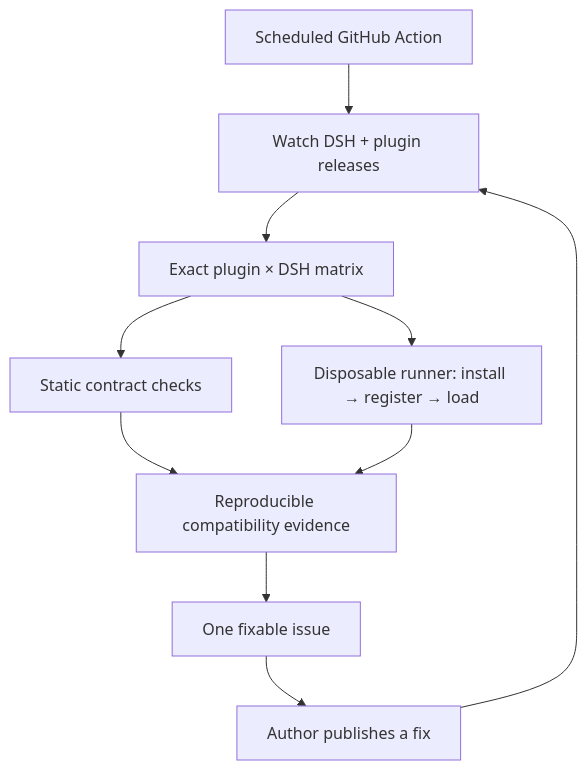
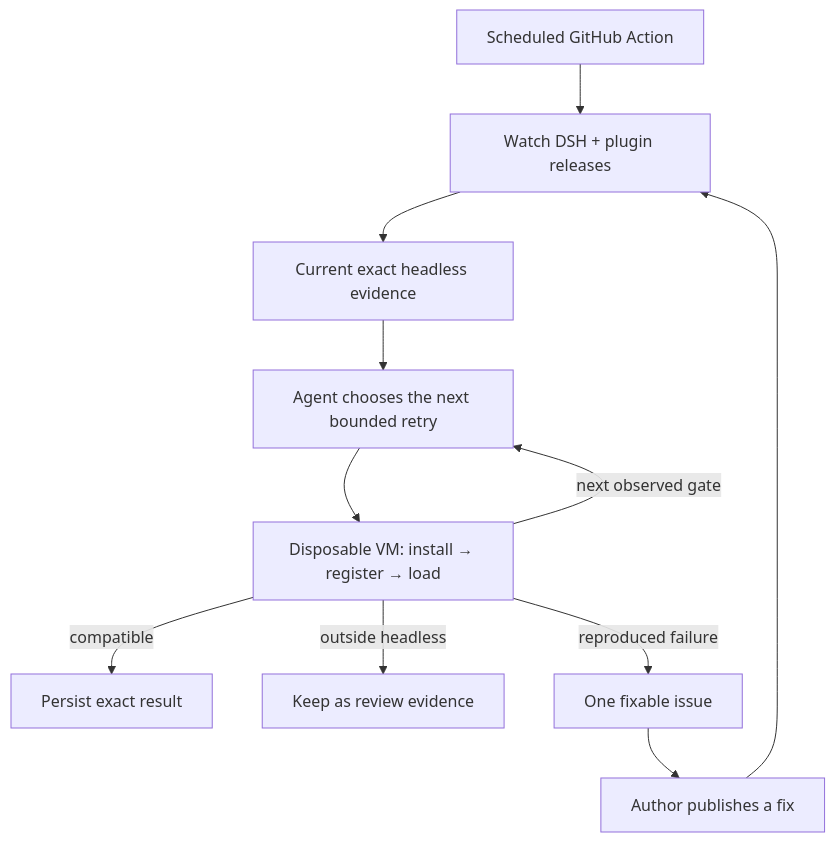
The diagram in README.md (MicroMilo/upstream-radar), drawn with Mermaid before and after one commit. The commit also changed other lines of this file and 30 other files, not shown here.

````diff
--- a/README.md
+++ b/README.md
@@ -40,12 +44,13 @@
 ```mermaid
 flowchart TB
   Schedule["Scheduled GitHub Action"] --> Watch["Watch DSH + plugin releases"]
-  Watch --> Matrix["Exact plugin × DSH matrix"]
-  Matrix --> Static["Static contract checks"]
-  Matrix --> Runtime["Disposable runner: install → register → load"]
-  Static --> Evidence["Reproducible compatibility evidence"]
-  Runtime --> Evidence
-  Evidence --> Issue["One fixable issue"]
+  Watch --> Evidence["Current exact headless evidence"]
+  Evidence --> Agent["Agent chooses the next bounded retry"]
+  Agent --> Runtime["Disposable VM: install → register → load"]
+  Runtime -->|"next observed gate"| Agent
+  Runtime -->|"compatible"| Ledger["Persist exact result"]
+  Runtime -->|"outside headless"| Hold["Keep as review evidence"]
+  Runtime -->|"reproduced failure"| Issue["One fixable issue"]
   Issue --> Fix["Author publishes a fix"]
   Fix --> Watch
 ```
````
